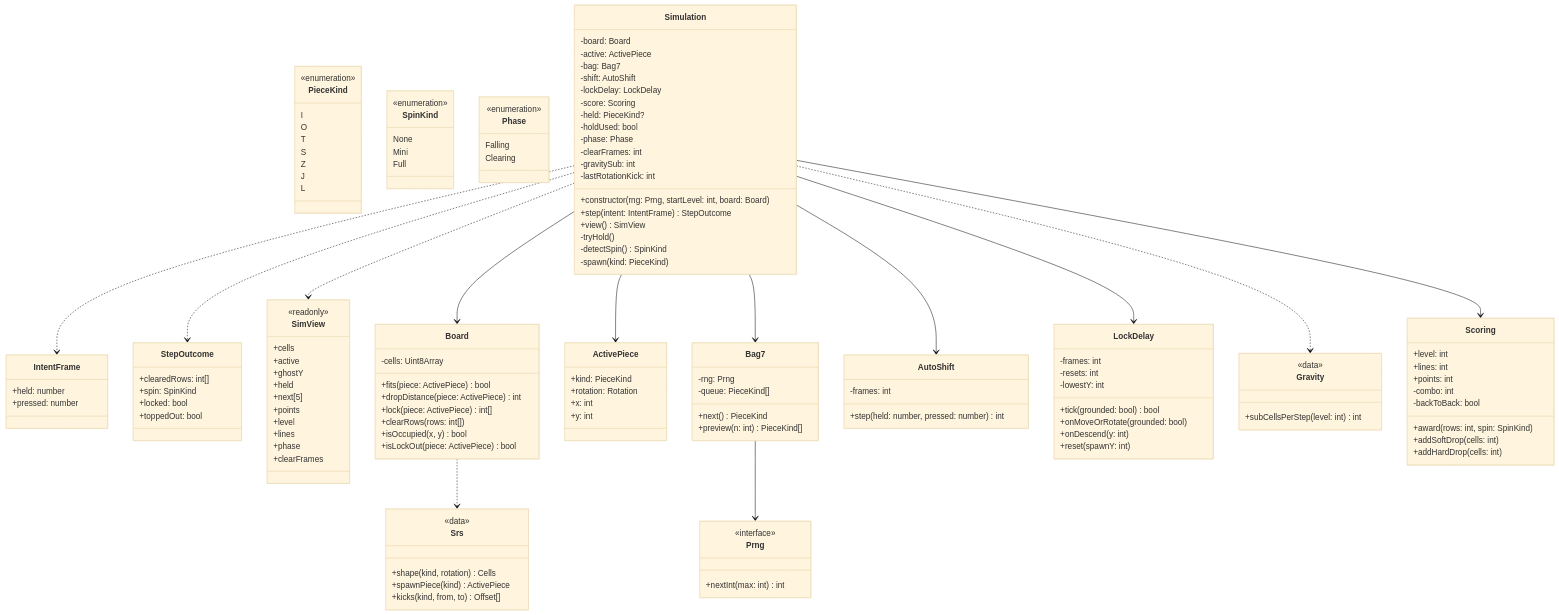
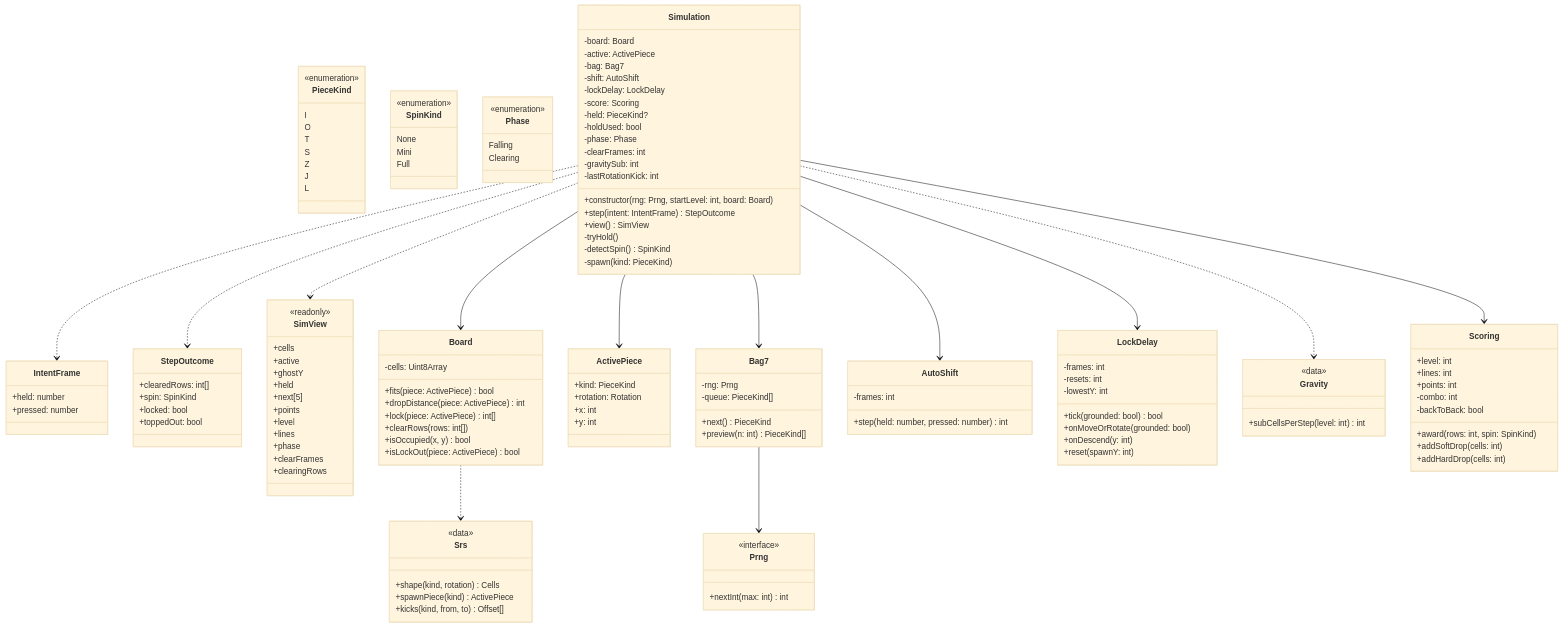
Before and after one commit to benoit-bremaud/retro-blocks: the diagram in docs/architecture/diagrams/system/02-class.md, drawn with Mermaid (base theme). The commit also changed other lines of this file and 58 other files, not shown here.

```diff
--- a/docs/architecture/diagrams/system/02-class.md
+++ b/docs/architecture/diagrams/system/02-class.md
@@ -72,6 +72,7 @@
     +lines
     +phase
     +clearFrames
+    +clearingRows
   }
   class Board {
     -cells: Uint8Array
```
